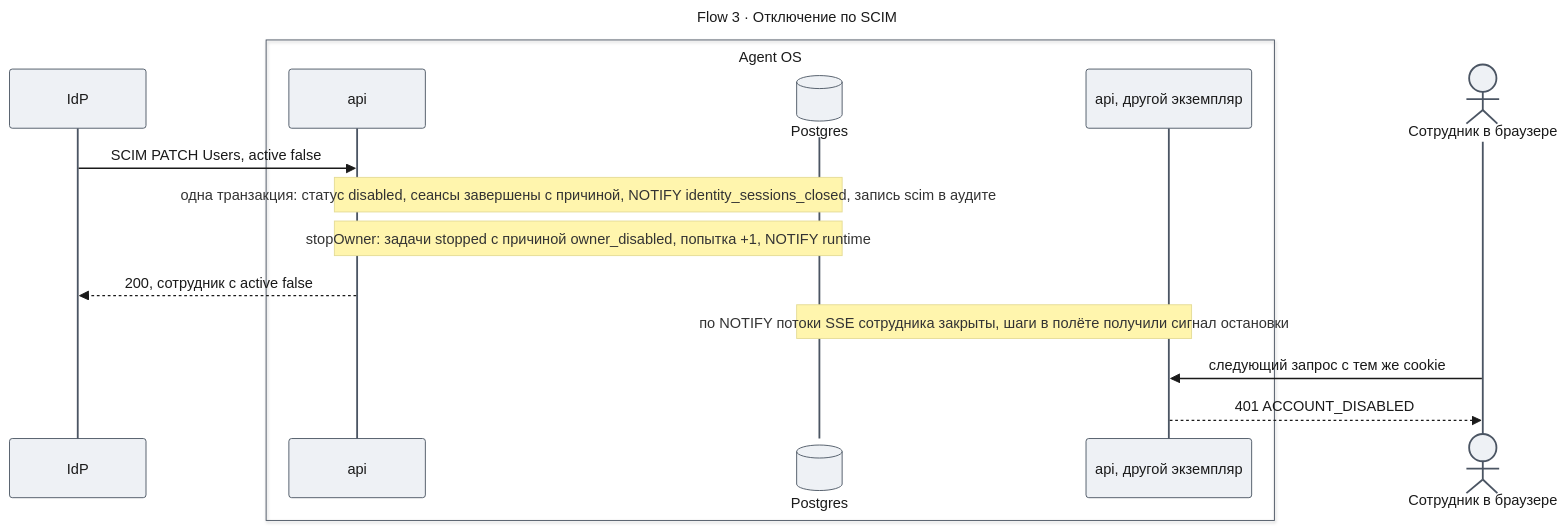
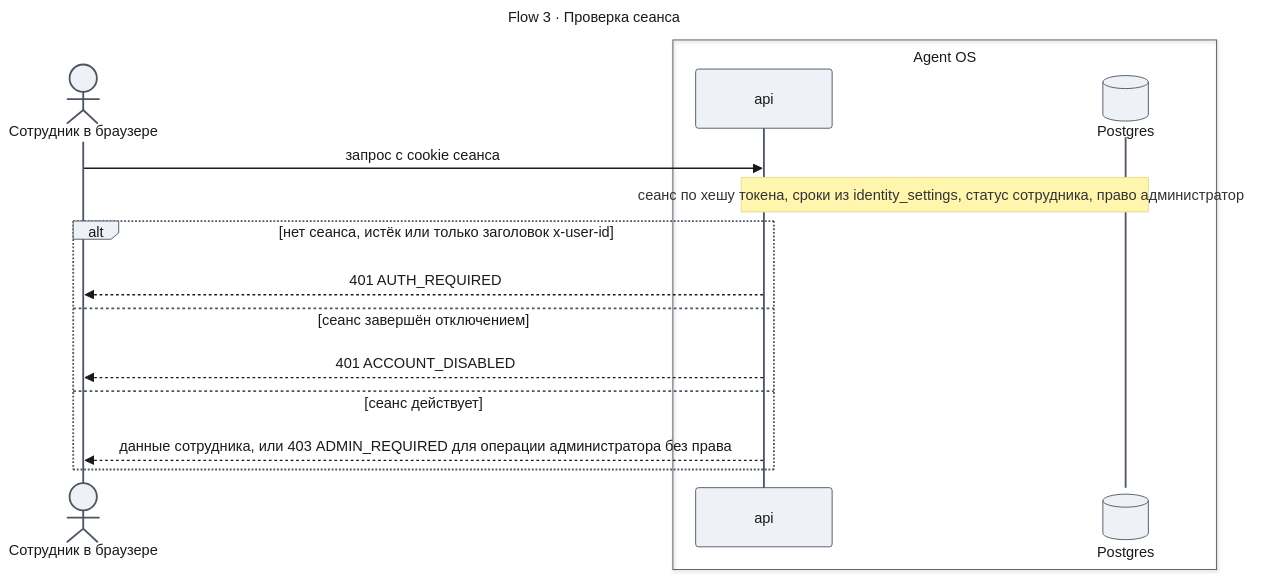
Before and after one commit to tundraray/agent-os: the eighth of 10 diagrams in docs/features/enterprise-access/design-identity.md, drawn with Mermaid. The commit also changed other lines of this file and 4 other files, not shown here.

Commit message:
docs(enterprise-access): redesign identity around password sign-in and admin-managed providers

````diff
--- a/docs/features/enterprise-access/design-identity.md
+++ b/docs/features/enterprise-access/design-identity.md
@@ -624,35 +631,34 @@
 ```mermaid
 ---
-title: "Flow 3 · Отключение по SCIM"
+title: "Flow 3 · Проверка сеанса"
 config:
   theme: base
   look: classic
   themeVariables:
     primaryColor: "#eef1f5"
     primaryBorderColor: "#4b5563"
     primaryTextColor: "#1a1a1a"
     lineColor: "#6b7280"
   themeCSS: |
-    @keyframes lit_f3{0%,22.5%{stroke:#991b1b;stroke-width:6px}25%,100%{stroke:#37474f;stroke-width:2px}}
-    @keyframes litr_f3{0%,22.5%{stroke:#1d4ed8;stroke-width:6px}25%,100%{stroke:#37474f;stroke-width:2px}}
-    .messageLine0[data-id='i0'],.messageLine1[data-id='i0']{animation:lit_f3 4.8s linear 0s infinite}
-    .messageLine0[data-id='i3'],.messageLine1[data-id='i3']{animation:litr_f3 4.8s linear 1.2s infinite}
-    .messageLine0[data-id='i5'],.messageLine1[data-id='i5']{animation:lit_f3 4.8s linear 2.4s infinite}
-    .messageLine0[data-id='i6'],.messageLine1[data-id='i6']{animation:litr_f3 4.8s linear 3.6s infinite}
+    @keyframes litr_f2{0%,22.5%{stroke:#1d4ed8;stroke-width:6px}25%,100%{stroke:#37474f;stroke-width:2px}}
+    .messageLine0[data-id='i0'],.messageLine1[data-id='i0']{animation:litr_f2 4.8s linear 0s infinite}
+    .messageLine0[data-id='i3'],.messageLine1[data-id='i3']{animation:litr_f2 4.8s linear 1.2s infinite}
+    .messageLine0[data-id='i5'],.messageLine1[data-id='i5']{animation:litr_f2 4.8s linear 2.4s infinite}
+    .messageLine0[data-id='i7'],.messageLine1[data-id='i7']{animation:litr_f2 4.8s linear 3.6s infinite}
 ---
 sequenceDiagram
-    participant I as IdP
+    actor U as Сотрудник в браузере
     box Agent OS
     participant A as api
     participant DB@{ "type": "database" } as Postgres
-    participant B as api, другой экземпляр
     end
-    actor U as Сотрудник в браузере
-    I->>A: SCIM PATCH Users, active false
-    Note over A,DB: одна транзакция: статус disabled, сеансы завершены с причиной, NOTIFY identity_sessions_closed, запись scim в аудите
-    Note over A,DB: stopOwner: задачи stopped с причиной owner_disabled, попытка +1, NOTIFY runtime
-    A-->>I: 200, сотрудник с active false
-    Note over DB,B: по NOTIFY потоки SSE сотрудника закрыты, шаги в полёте получили сигнал остановки
-    U->>B: следующий запрос с тем же cookie
-    B-->>U: 401 ACCOUNT_DISABLED
+    U->>A: запрос с cookie сеанса
+    Note over A,DB: сеанс по хешу токена, сроки из identity_settings, статус сотрудника, право администратора
+    alt нет сеанса, истёк или только заголовок x-user-id
+        A-->>U: 401 AUTH_REQUIRED
+    else сеанс завершён отключением
+        A-->>U: 401 ACCOUNT_DISABLED
+    else сеанс действует
+        A-->>U: данные сотрудника, или 403 ADMIN_REQUIRED для операции администратора без права
+    end
 ```
````
